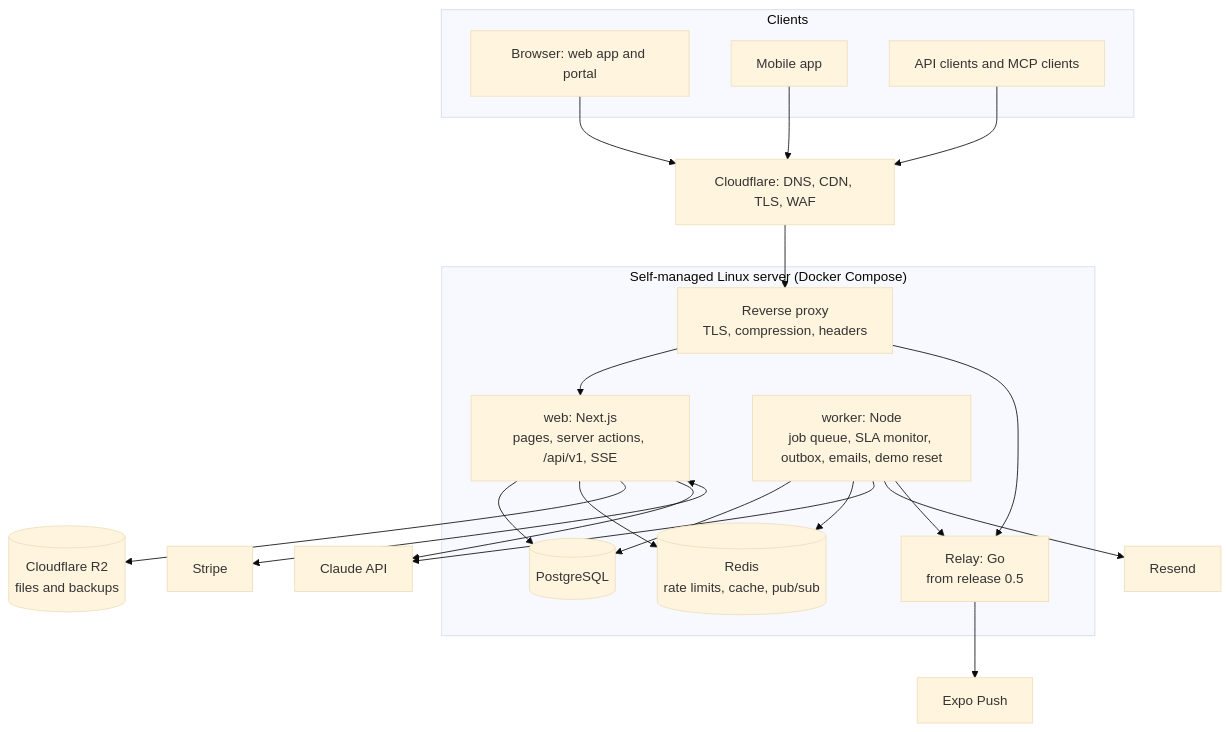
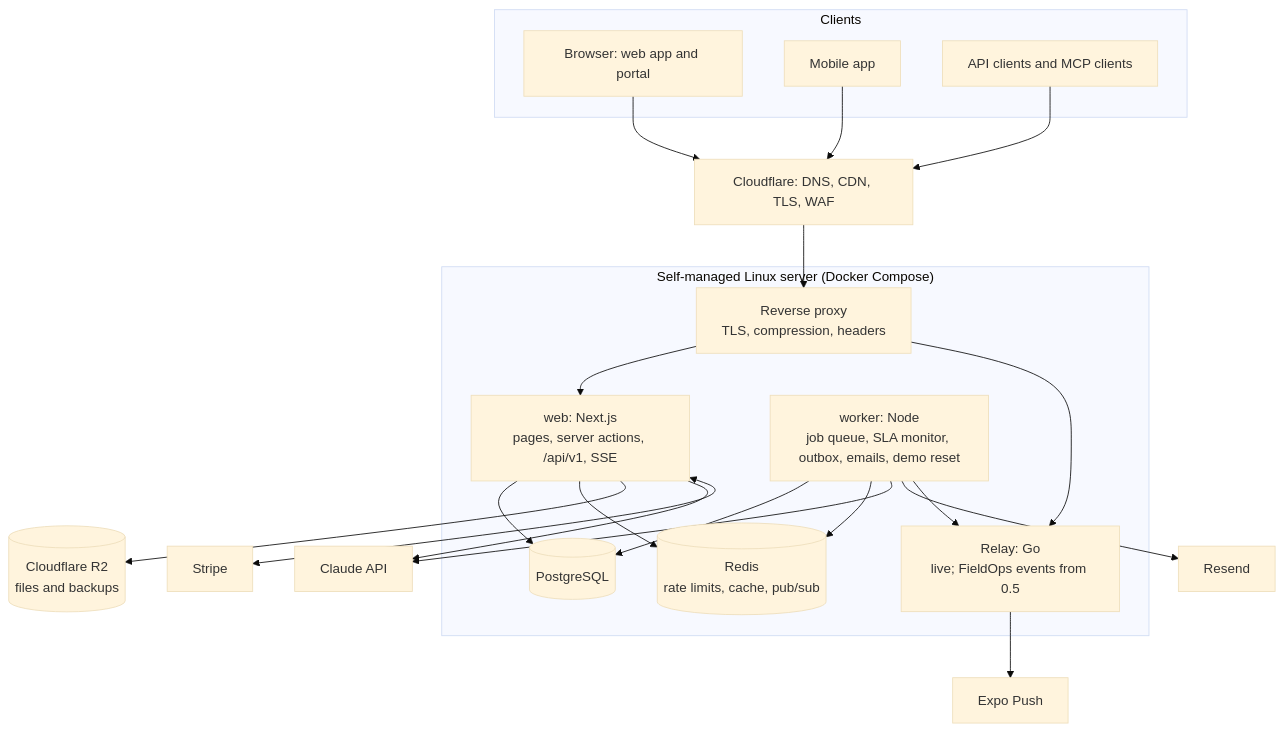
Before and after one commit to guzmanloeracode/fieldops: the fourth of 5 diagrams in docs/PRD.md, drawn with Mermaid (base theme). The commit also changed other lines of this file, not shown here.

Commit message:
docs: PRD 2.0 for Relay 1.0

````diff
--- a/docs/PRD.md
+++ b/docs/PRD.md
@@ -864,40 +880,40 @@
 ```mermaid
 flowchart TB
     subgraph Clients
         B[Browser: web app and portal]
         M[Mobile app]
         X[API clients and MCP clients]
     end
     CF[Cloudflare: DNS, CDN, TLS, WAF]
     subgraph VPS["Self-managed Linux server (Docker Compose)"]
         RP[Reverse proxy<br/>TLS, compression, headers]
         WEB[web: Next.js<br/>pages, server actions, /api/v1, SSE]
         WK[worker: Node<br/>job queue, SLA monitor, outbox, emails, demo reset]
         PG[(PostgreSQL)]
         RD[(Redis<br/>rate limits, cache, pub/sub)]
-        RL[Relay: Go<br/>from release 0.5]
+        RL[Relay: Go<br/>live; FieldOps events from 0.5]
     end
     R2[(Cloudflare R2<br/>files and backups)]
     AI[Claude API]
     ST[Stripe]
     EM[Resend]
     EX[Expo Push]
 
     B --> CF
     M --> CF
     X --> CF
     CF --> RP
     RP --> WEB
     RP --> RL
     WEB --> PG
     WEB --> RD
     WK --> PG
     WK --> RD
     WEB --> R2
     WEB --> AI
     WK --> AI
     WEB <--> ST
     WK --> EM
     WK --> RL
     RL --> EX
 ```
````
